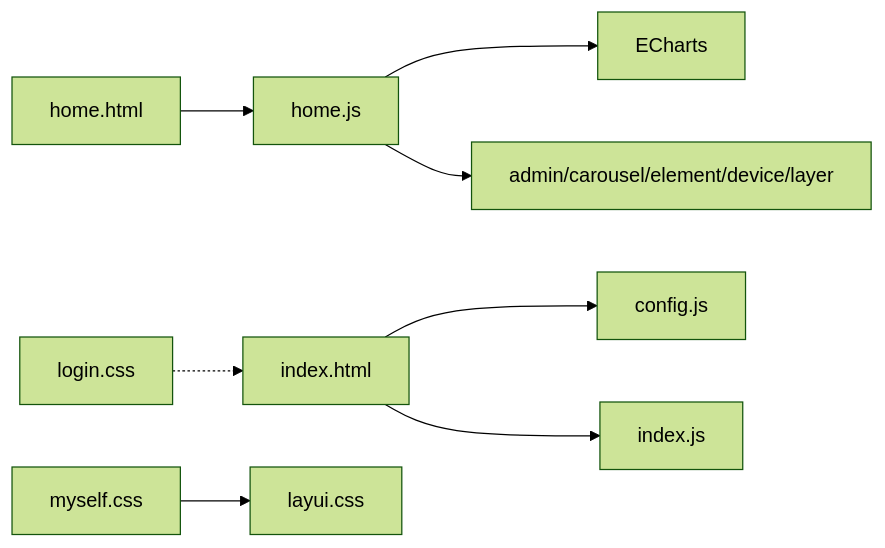
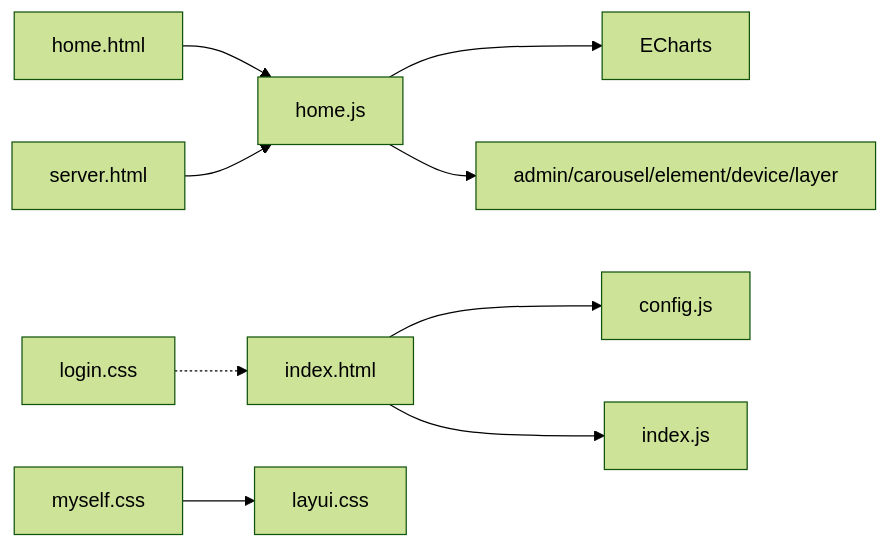
One commit to 709343767/phoenix changed the eighth of 8 diagrams in .qoder/repowiki/zh/content/监控UI端模块/模板页面与前端资源.md. Above: the diagram before and after it, drawn with Mermaid (forest theme). The commit also changed other lines of this file and 7 other files, not shown here.

````diff
--- a/.qoder/repowiki/zh/content/监控UI端模块/模板页面与前端资源.md
+++ b/.qoder/repowiki/zh/content/监控UI端模块/模板页面与前端资源.md
@@ -281,10 +320,11 @@
 ```mermaid
 graph LR
 IndexTpl["index.html"] --> Cfg["config.js"]
 IndexTpl --> Idx["index.js"]
 HomeTpl["home.html"] --> Hmod["home.js"]
+ServerTpl["server.html"] --> Hmod
 Hmod --> ECharts["ECharts"]
 Hmod --> Admin["admin/carousel/element/device/layer"]
 MyStyle["myself.css"] --> Layui["layui.css"]
 LoginCSS["login.css"] -.-> IndexTpl
 ```
````
